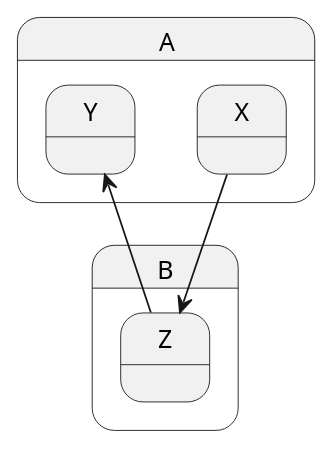
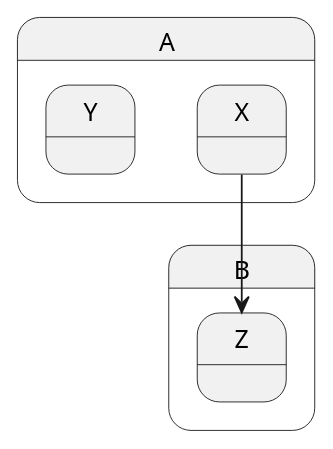
One commit to augmem/cortext.cpp changed the ninth of 44 diagrams in reference/plantuml/state-diagram.md. Above: the diagram before and after it, drawn with PlantUML. The commit also changed other lines of this file and 86 other files, not shown here.

Commit message:
Update memory architecture and consolidation

````diff
--- a/reference/plantuml/state-diagram.md
+++ b/reference/plantuml/state-diagram.md
@@ -102,9 +102,6 @@
-@startuml
+```plantuml
 state A.X
 state A.Y
-
 state B.Z
-
 X --> Z
-Z --> Y
-@enduml </plantuml>
+```
````
